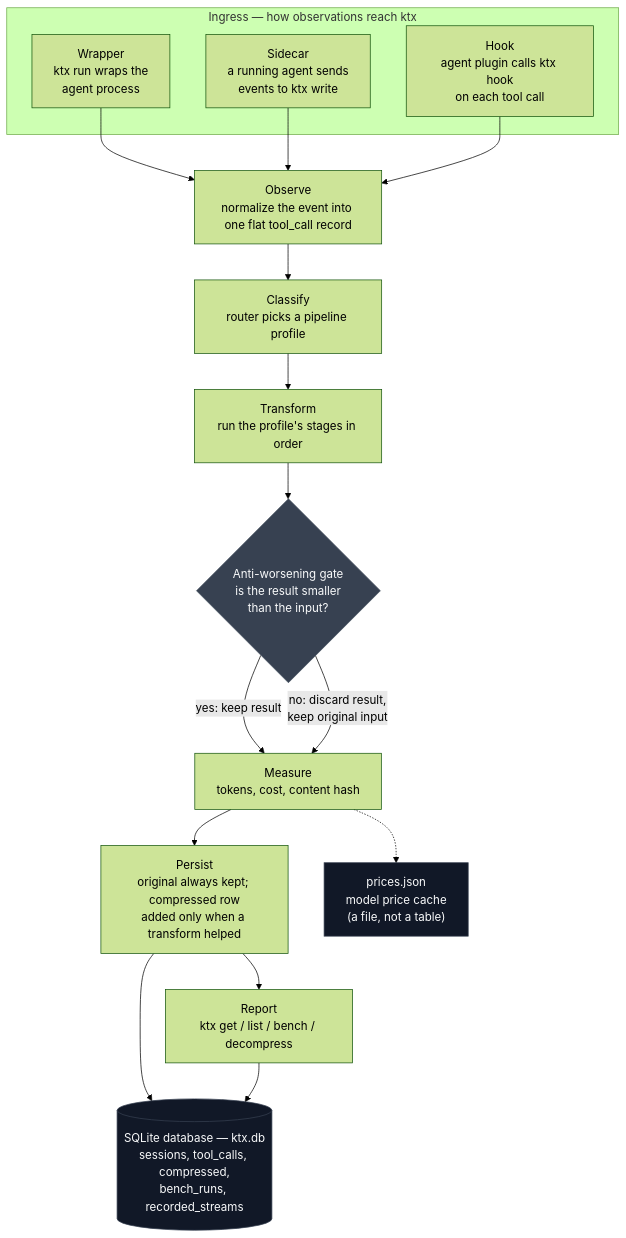
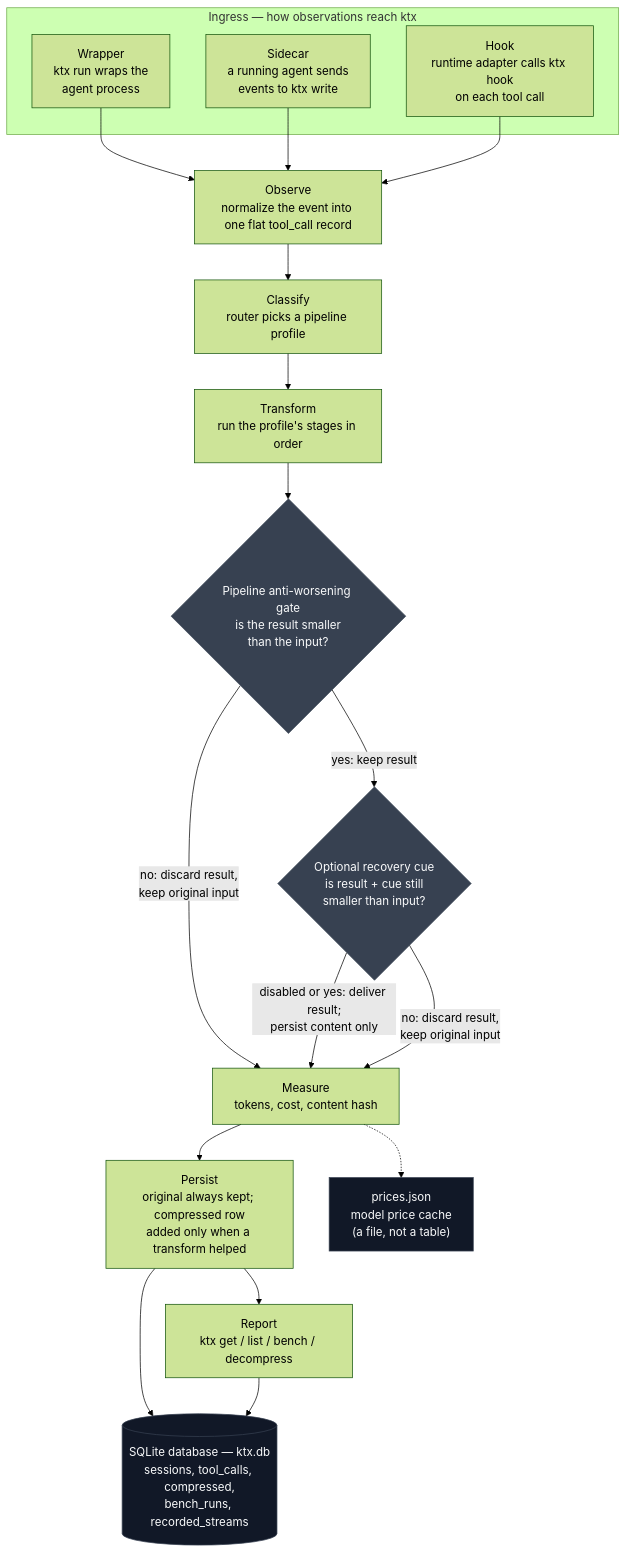
Before and after one commit to jgabor/ktx: the first of 2 diagrams in ARCHITECTURE.md, drawn with Mermaid (forest theme). The commit also changed other lines of this file and 6 other files, not shown here.

````diff
--- a/ARCHITECTURE.md
+++ b/ARCHITECTURE.md
@@ -44,38 +44,41 @@
 ```mermaid
 flowchart TD
   subgraph ingress["Ingress — how observations reach ktx"]
     W["Wrapper<br/>ktx run wraps the<br/>agent process"]
     S["Sidecar<br/>a running agent sends<br/>events to ktx write"]
-    H["Hook<br/>agent plugin calls ktx hook<br/>on each tool call"]
+    H["Hook<br/>runtime adapter calls ktx hook<br/>on each tool call"]
   end
 
   O["Observe<br/>normalize the event into one flat tool_call record"]
   C["Classify<br/>router picks a pipeline profile"]
   T["Transform<br/>run the profile's stages in order"]
-  G{"Anti-worsening gate<br/>is the result smaller<br/>than the input?"}
+  G{"Pipeline anti-worsening gate<br/>is the result smaller<br/>than the input?"}
+  F{"Optional recovery cue<br/>is result + cue still<br/>smaller than input?"}
   M["Measure<br/>tokens, cost, content hash"]
   P["Persist<br/>original always kept; compressed row<br/>added only when a transform helped"]
   R["Report<br/>ktx get / list / bench / decompress"]
 
   DB[("SQLite database — ktx.db<br/>sessions, tool_calls, compressed,<br/>bench_runs, recorded_streams")]
   PR["prices.json<br/>model price cache<br/>(a file, not a table)"]
 
   W --> O
   S --> O
   H --> O
   O --> C
   C --> T
   T --> G
-  G -- "yes: keep result" --> M
+  G -- "yes: keep result" --> F
   G -- "no: discard result,<br/>keep original input" --> M
+  F -- "disabled or yes: deliver result;<br/>persist content only" --> M
+  F -- "no: discard result,<br/>keep original input" --> M
   M --> P
   P --> R
   P --> DB
   R --> DB
   M -.-> PR
 
   classDef gate fill:#374151,color:#f9fafb,stroke:#4b5563
   classDef store fill:#111827,color:#f9fafb,stroke:#374151
-  class G gate
+  class G,F gate
   class DB,PR store
 ```
````
